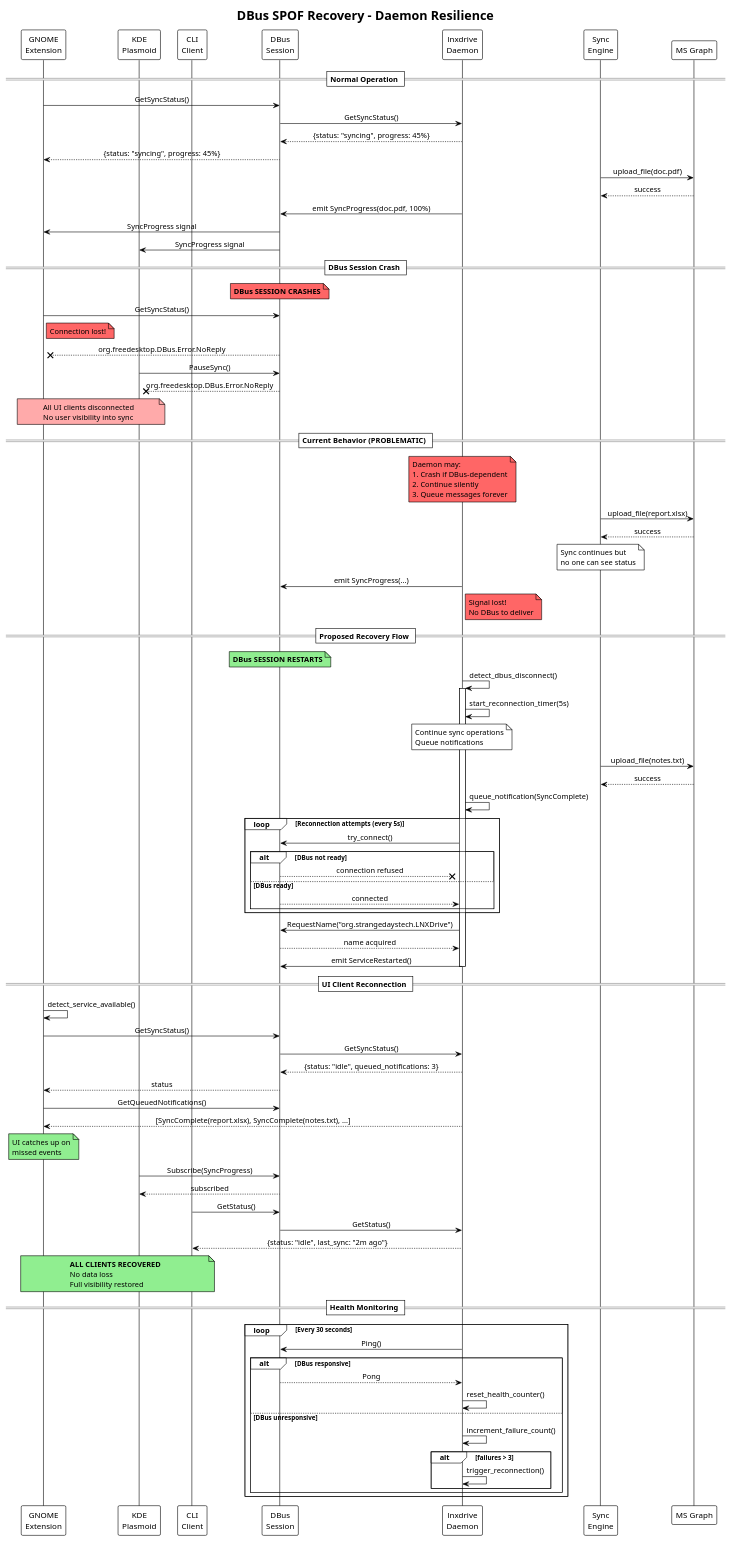
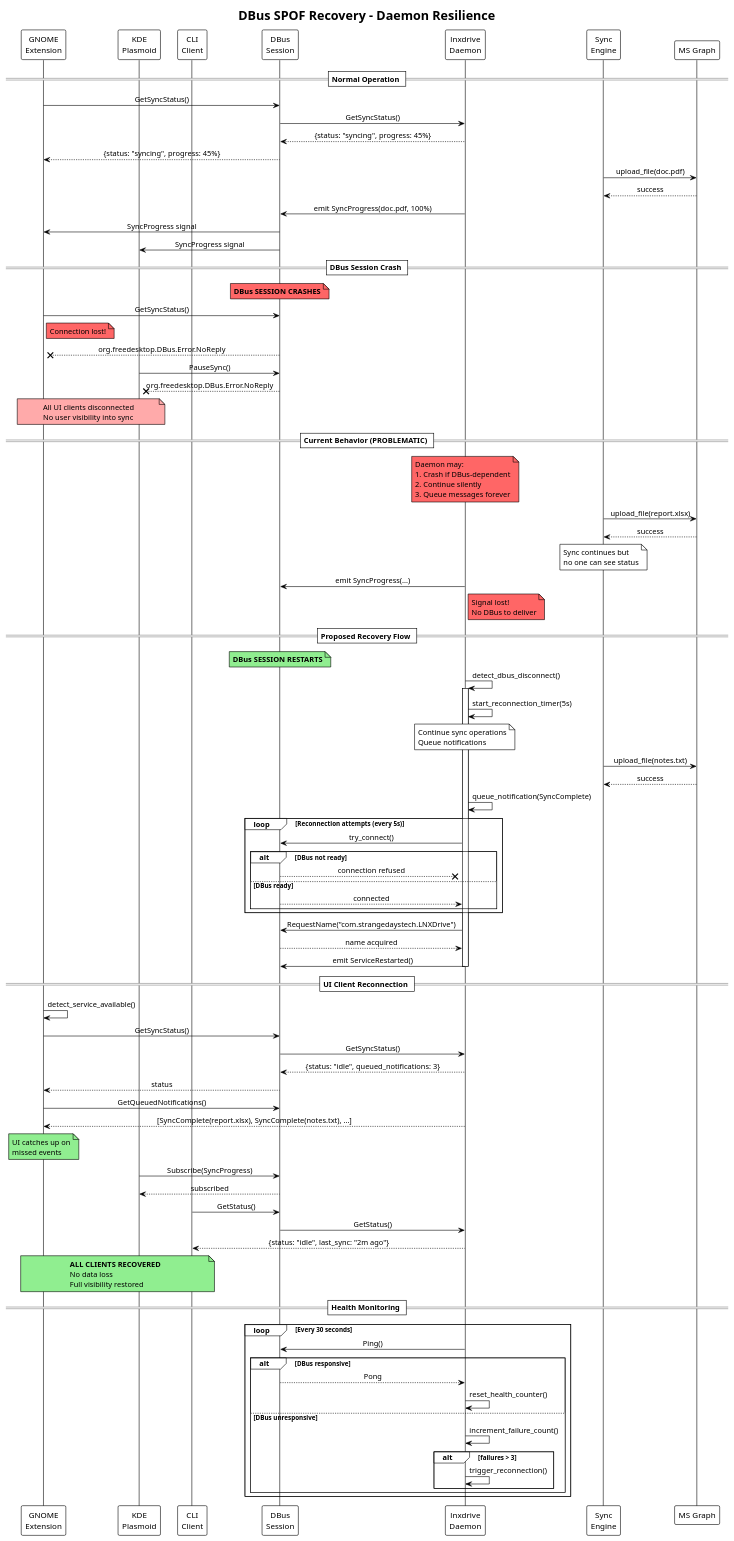
The diagram in .devtrail/02-design/diagrams/SEQ-002-dbus-recovery.puml (StrangeDaysTech/lnxdrive), drawn with PlantUML before and after one commit. The commit also changed 151 other files, not shown here.

```diff
--- a/.devtrail/02-design/diagrams/SEQ-002-dbus-recovery.puml
+++ b/.devtrail/02-design/diagrams/SEQ-002-dbus-recovery.puml
@@ -1,122 +1,122 @@
 @startuml SEQ-002-dbus-recovery
 !theme plain
 title DBus SPOF Recovery - Daemon Resilience
 
 skinparam sequenceMessageAlign center
 skinparam responseMessageBelowArrow true
 
 participant "GNOME\nExtension" as GNOME
 participant "KDE\nPlasmoid" as KDE
 participant "CLI\nClient" as CLI
 participant "DBus\nSession" as DBus
 participant "lnxdrive\nDaemon" as Daemon
 participant "Sync\nEngine" as Sync
 participant "MS Graph" as API
 
 == Normal Operation ==
 
 GNOME -> DBus: GetSyncStatus()
 DBus -> Daemon: GetSyncStatus()
 Daemon --> DBus: {status: "syncing", progress: 45%}
 DBus --> GNOME: {status: "syncing", progress: 45%}
 
 Sync -> API: upload_file(doc.pdf)
 API --> Sync: success
 
 Daemon -> DBus: emit SyncProgress(doc.pdf, 100%)
 DBus -> GNOME: SyncProgress signal
 DBus -> KDE: SyncProgress signal
 
 == DBus Session Crash ==
 
 note over DBus #ff6666: **DBus SESSION CRASHES**
 
 GNOME -> DBus: GetSyncStatus()
 note right of GNOME #ff6666: Connection lost!
 DBus --x GNOME: org.freedesktop.DBus.Error.NoReply
 
 KDE -> DBus: PauseSync()
 DBus --x KDE: org.freedesktop.DBus.Error.NoReply
 
 note over GNOME,KDE #ffaaaa: All UI clients disconnected\nNo user visibility into sync
 
 == Current Behavior (PROBLEMATIC) ==
 
 note over Daemon #ff6666: Daemon may:\n1. Crash if DBus-dependent\n2. Continue silently\n3. Queue messages forever
 
 Sync -> API: upload_file(report.xlsx)
 API --> Sync: success
 
 note over Sync: Sync continues but\nno one can see status
 
 Daemon -> DBus: emit SyncProgress(...)
 note right of Daemon #ff6666: Signal lost!\nNo DBus to deliver
 
 == Proposed Recovery Flow ==
 
 note over DBus #90EE90: **DBus SESSION RESTARTS**
 
 Daemon -> Daemon: detect_dbus_disconnect()
 activate Daemon
 
 Daemon -> Daemon: start_reconnection_timer(5s)
 
 note over Daemon: Continue sync operations\nQueue notifications
 
 Sync -> API: upload_file(notes.txt)
 API --> Sync: success
 Daemon -> Daemon: queue_notification(SyncComplete)
 
 loop Reconnection attempts (every 5s)
     Daemon -> DBus: try_connect()
     alt DBus not ready
         DBus --x Daemon: connection refused
     else DBus ready
         DBus --> Daemon: connected
     end
 end
 
-Daemon -> DBus: RequestName("org.strangedaystech.LNXDrive")
+Daemon -> DBus: RequestName("com.strangedaystech.LNXDrive")
 DBus --> Daemon: name acquired
 
 Daemon -> DBus: emit ServiceRestarted()
 deactivate Daemon
 
 == UI Client Reconnection ==
 
 GNOME -> GNOME: detect_service_available()
 GNOME -> DBus: GetSyncStatus()
 DBus -> Daemon: GetSyncStatus()
 Daemon --> DBus: {status: "idle", queued_notifications: 3}
 DBus --> GNOME: status
 
 GNOME -> DBus: GetQueuedNotifications()
 Daemon --> GNOME: [SyncComplete(report.xlsx), SyncComplete(notes.txt), ...]
 
 note over GNOME #90EE90: UI catches up on\nmissed events
 
 KDE -> DBus: Subscribe(SyncProgress)
 DBus --> KDE: subscribed
 
 CLI -> DBus: GetStatus()
 DBus -> Daemon: GetStatus()
 Daemon --> CLI: {status: "idle", last_sync: "2m ago"}
 
 note over GNOME,CLI #90EE90: **ALL CLIENTS RECOVERED**\nNo data loss\nFull visibility restored
 
 == Health Monitoring ==
 
 loop Every 30 seconds
     Daemon -> DBus: Ping()
     alt DBus responsive
         DBus --> Daemon: Pong
         Daemon -> Daemon: reset_health_counter()
     else DBus unresponsive
         Daemon -> Daemon: increment_failure_count()
         alt failures > 3
             Daemon -> Daemon: trigger_reconnection()
         end
     end
 end
 
 @enduml
```
